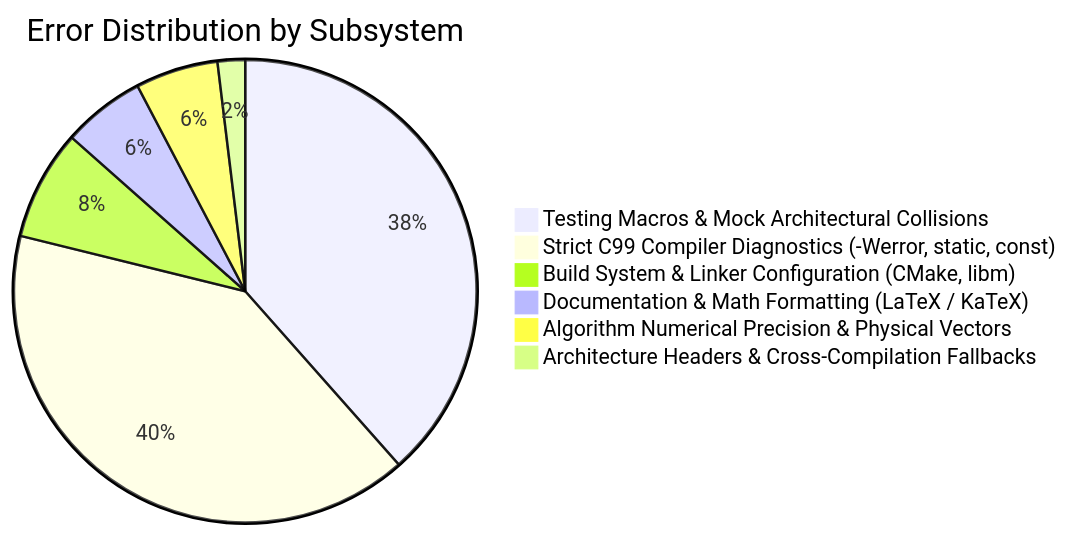
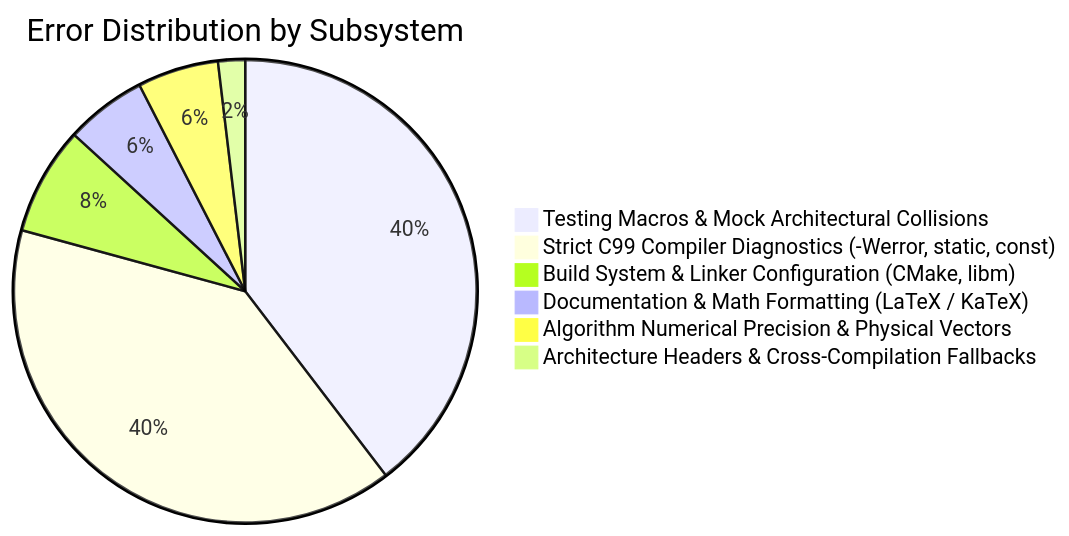
The diagram in context/errors/README.md (Thejus26/rain-predict), drawn with Mermaid before and after one commit. The commit also changed other lines of this file and 2 other files, not shown here.

Commit message:
fix(test): resolve ERR-053 non-existent TEST_ASSERT_TRUE_MESSAGE in test_simulation_validation

````diff
--- a/context/errors/README.md
+++ b/context/errors/README.md
@@ -68,9 +69,9 @@
 ```mermaid
 pie title Error Distribution by Subsystem
-    "Testing Macros & Mock Architectural Collisions" : 20
+    "Testing Macros & Mock Architectural Collisions" : 21
     "Strict C99 Compiler Diagnostics (-Werror, static, const)" : 21
     "Build System & Linker Configuration (CMake, libm)" : 4
     "Documentation & Math Formatting (LaTeX / KaTeX)" : 3
     "Algorithm Numerical Precision & Physical Vectors" : 3
     "Architecture Headers & Cross-Compilation Fallbacks" : 1
 ```
````
